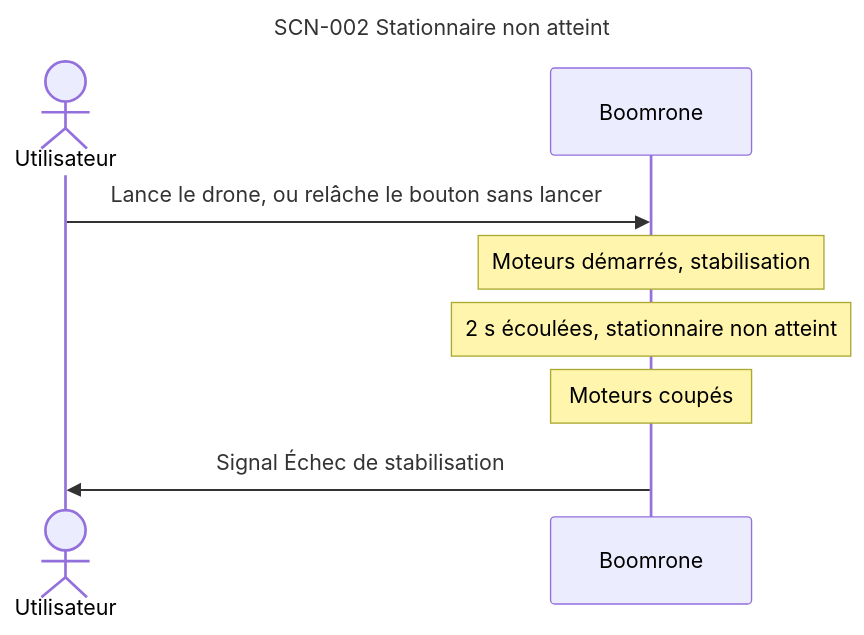
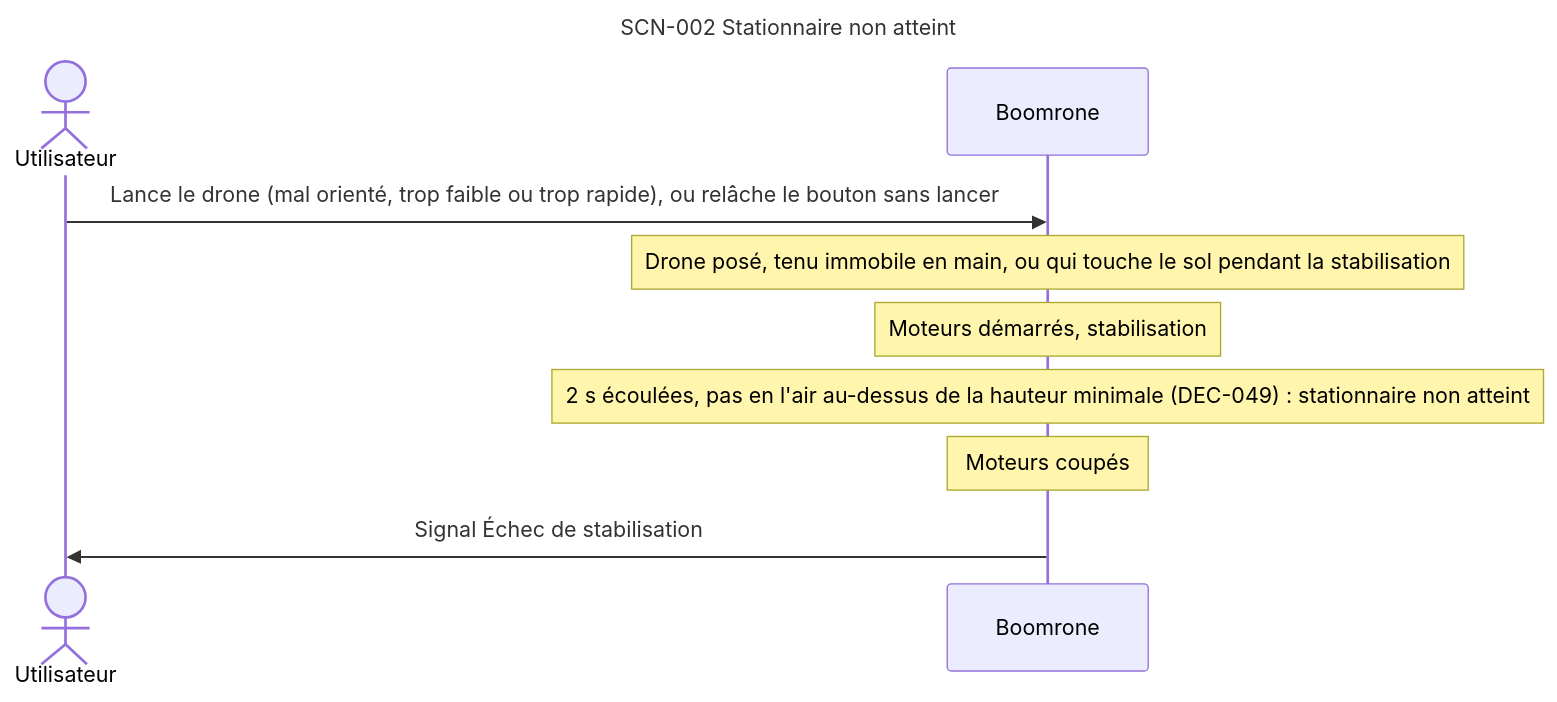
One commit to thourymatthieu-png/coworker_archi_system changed the fourth of 13 diagrams in projets/boomrone/00-scenarios.md. Above: the diagram before and after it, drawn with Mermaid. The commit also changed other lines of this file and 1 other file, not shown here.

First line of the commit message:
Boomrone : alignement des diagrammes de scénarios sur DEC-049 à DEC-051

````diff
--- a/projets/boomrone/00-scenarios.md
+++ b/projets/boomrone/00-scenarios.md
@@ -188,13 +188,14 @@
 ```mermaid
 ---
 title: "SCN-002 Stationnaire non atteint"
 ---
 sequenceDiagram
     actor U as Utilisateur
     participant D as Boomrone
-    U->>D: Lance le drone, ou relâche le bouton sans lancer
+    U->>D: Lance le drone (mal orienté, trop faible ou trop rapide), ou relâche le bouton sans lancer
+    Note over D: Drone posé, tenu immobile en main, ou qui touche le sol pendant la stabilisation
     Note over D: Moteurs démarrés, stabilisation
-    Note over D: 2 s écoulées, stationnaire non atteint
+    Note over D: 2 s écoulées, pas en l'air au-dessus de la hauteur minimale (DEC-049) : stationnaire non atteint
     Note over D: Moteurs coupés
     D->>U: Signal Échec de stabilisation
 ```
````
